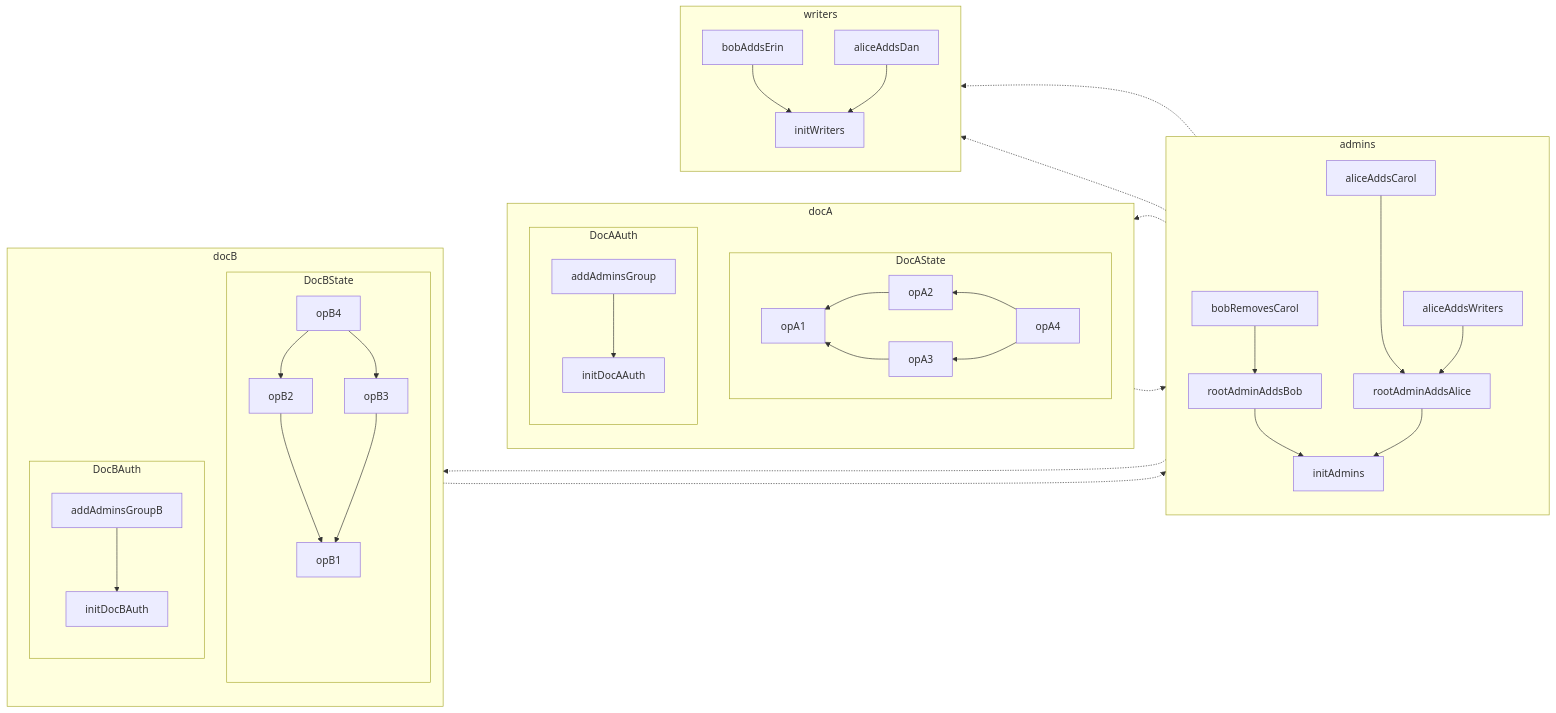
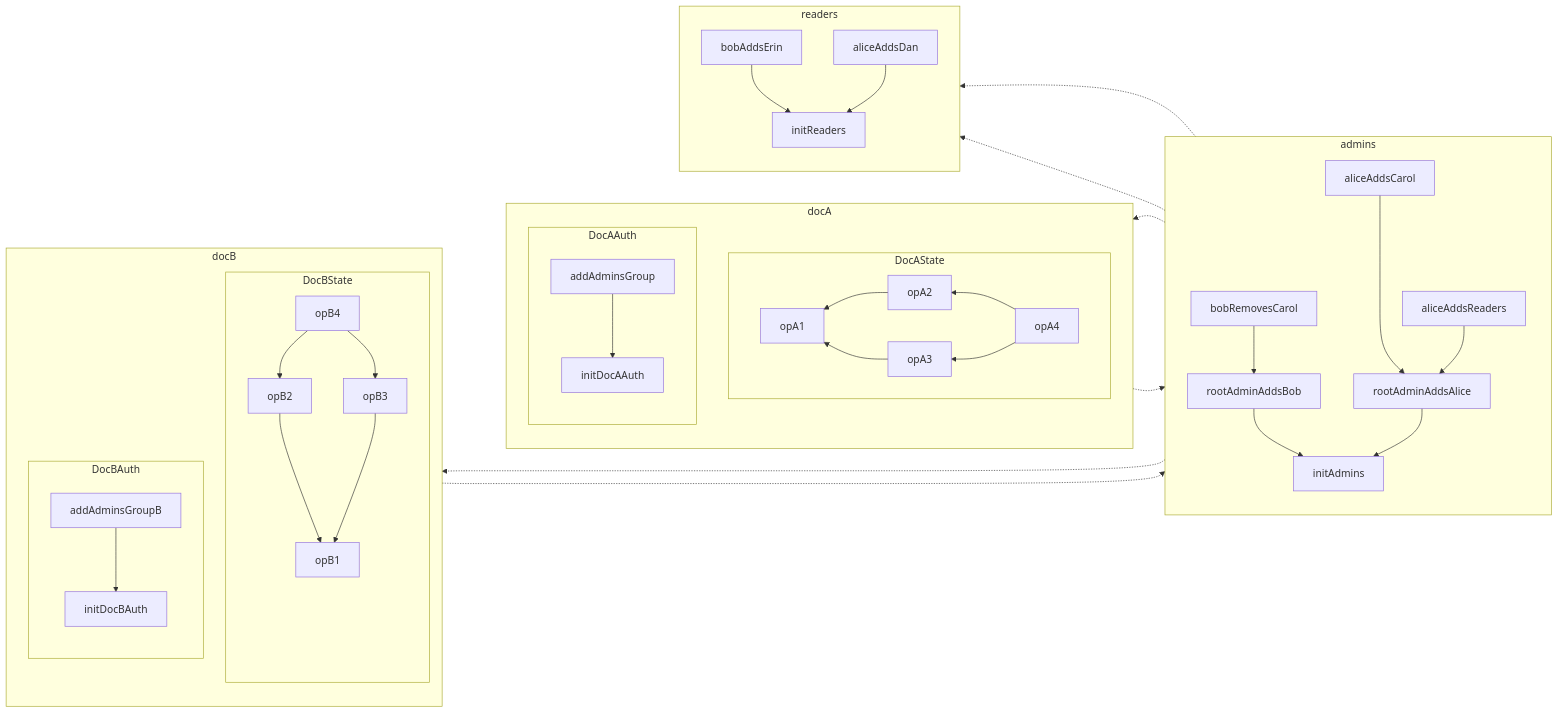
One commit to inkandswitch/keyhive changed the second of 3 diagrams in design/group_membership.md. Above: the diagram before and after it, drawn with Mermaid. The commit also changed other lines of this file, not shown here.

````diff
--- a/design/group_membership.md
+++ b/design/group_membership.md
@@ -15,61 +17,61 @@
 ```mermaid
 flowchart RL
     subgraph docA
         direction TB
         
         subgraph DocAState
             direction RL
             
             opA4 --> opA2 --> opA1
             opA4 --> opA3 --> opA1
         end
 
         subgraph DocAAuth
             direction TB
         
             addAdminsGroup --> initDocAAuth
         end
     end
 
     subgraph docB
         direction TB
         
         subgraph DocBState
             opB4 --> opB2 --> opB1
             opB4 --> opB3 --> opB1
         end
 
         subgraph DocBAuth
             direction TB
         
             addAdminsGroupB --> initDocBAuth
         end
     end
 
     subgraph admins
         direction TB
         
         rootAdminAddsBob --> initAdmins
         rootAdminAddsAlice --> initAdmins
         aliceAddsCarol ----> rootAdminAddsAlice
         bobRemovesCarol --> rootAdminAddsBob
 
-        aliceAddsWriters --> rootAdminAddsAlice
+        aliceAddsReaders --> rootAdminAddsAlice
     end
 
-    subgraph writers
+    subgraph readers
         direction TB
 
-        bobAddsErin --> initWriters
-        aliceAddsDan --> initWriters
+        bobAddsErin --> initReaders
+        aliceAddsDan --> initReaders
     end
 
     bobRemovesCarol -.-> opA3
     bobRemovesCarol -...-> opB4
 
-    aliceAddsWriters -.-> bobAddsErin
-    aliceAddsWriters -.-> aliceAddsDan
+    aliceAddsReaders -.-> bobAddsErin
+    aliceAddsReaders -.-> aliceAddsDan
 
     addAdminsGroup -.-> rootAdminAddsBob
-    addAdminsGroupB -.-> aliceAddsWriters
+    addAdminsGroupB -.-> aliceAddsReaders
 ```
````
